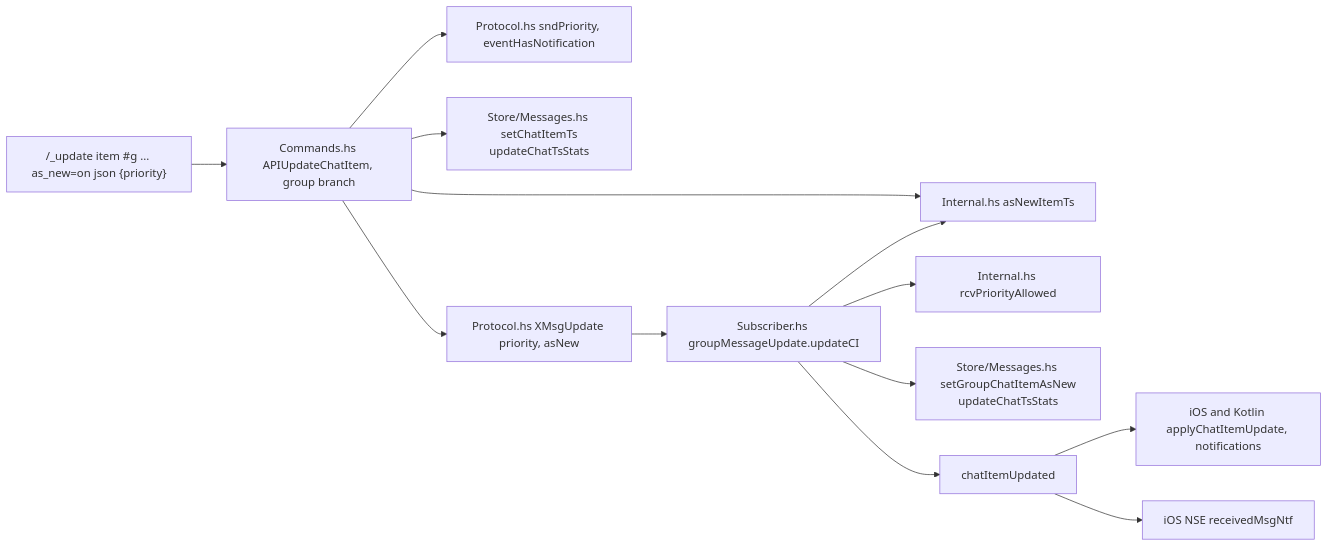
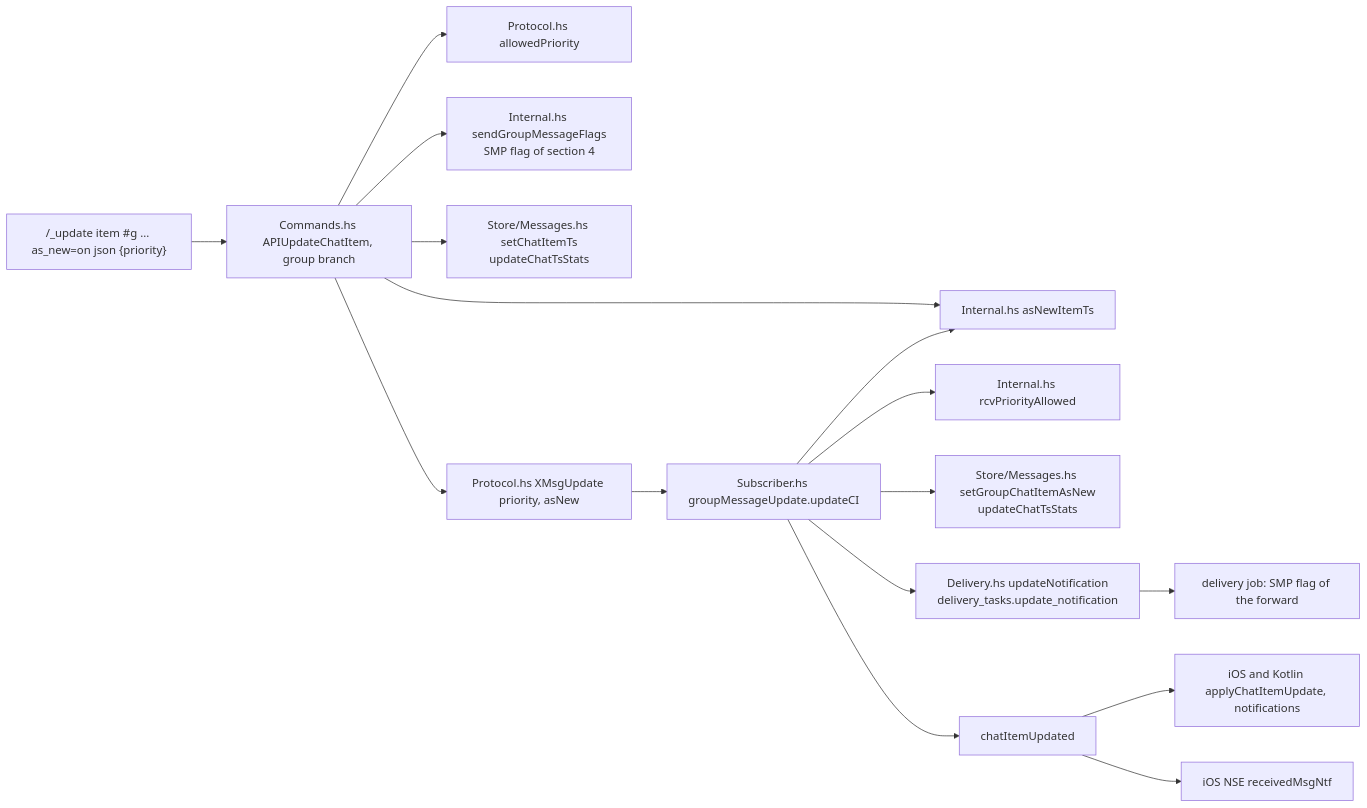
The fifth of 6 diagrams in plans/2026-11-21-update-as-new.md (simplex-chat/simplex-chat), drawn with Mermaid before and after one commit. The commit also changed other lines of this file, not shown here.

Commit message:
plans: push flag of updates as new and edits of message priority

````diff
--- a/plans/2026-11-21-update-as-new.md
+++ b/plans/2026-11-21-update-as-new.md
@@ -323,15 +332,18 @@
 ```mermaid
 flowchart LR
   API["/_update item #g ... as_new=on json {priority}"] --> CMD["Commands.hs APIUpdateChatItem, group branch"]
   CMD --> MT["Internal.hs asNewItemTs"]
-  CMD --> PR["Protocol.hs sndPriority, eventHasNotification"]
+  CMD --> PR["Protocol.hs allowedPriority"]
+  CMD --> SF["Internal.hs sendGroupMessageFlags<br>SMP flag of section 4"]
   CMD --> ST["Store/Messages.hs setChatItemTs<br>updateChatTsStats"]
   CMD --> P["Protocol.hs XMsgUpdate priority, asNew"]
   P --> SUB["Subscriber.hs groupMessageUpdate.updateCI"]
   SUB --> MT
   SUB --> RP["Internal.hs rcvPriorityAllowed"]
   SUB --> SN["Store/Messages.hs setGroupChatItemAsNew<br>updateChatTsStats"]
+  SUB --> DT["Delivery.hs updateNotification<br>delivery_tasks.update_notification"]
+  DT --> JOB["delivery job: SMP flag of the forward"]
   SUB --> EV["chatItemUpdated"]
   EV --> APPS["iOS and Kotlin applyChatItemUpdate, notifications"]
   EV --> NSE["iOS NSE receivedMsgNtf"]
 ```
````
